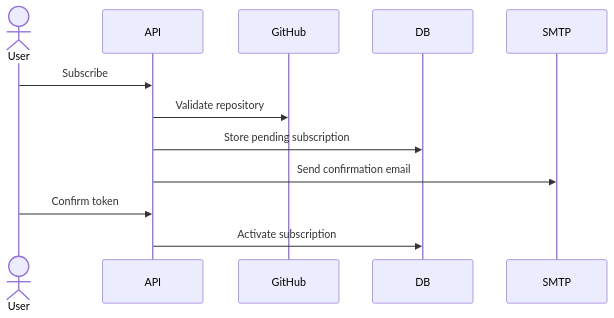
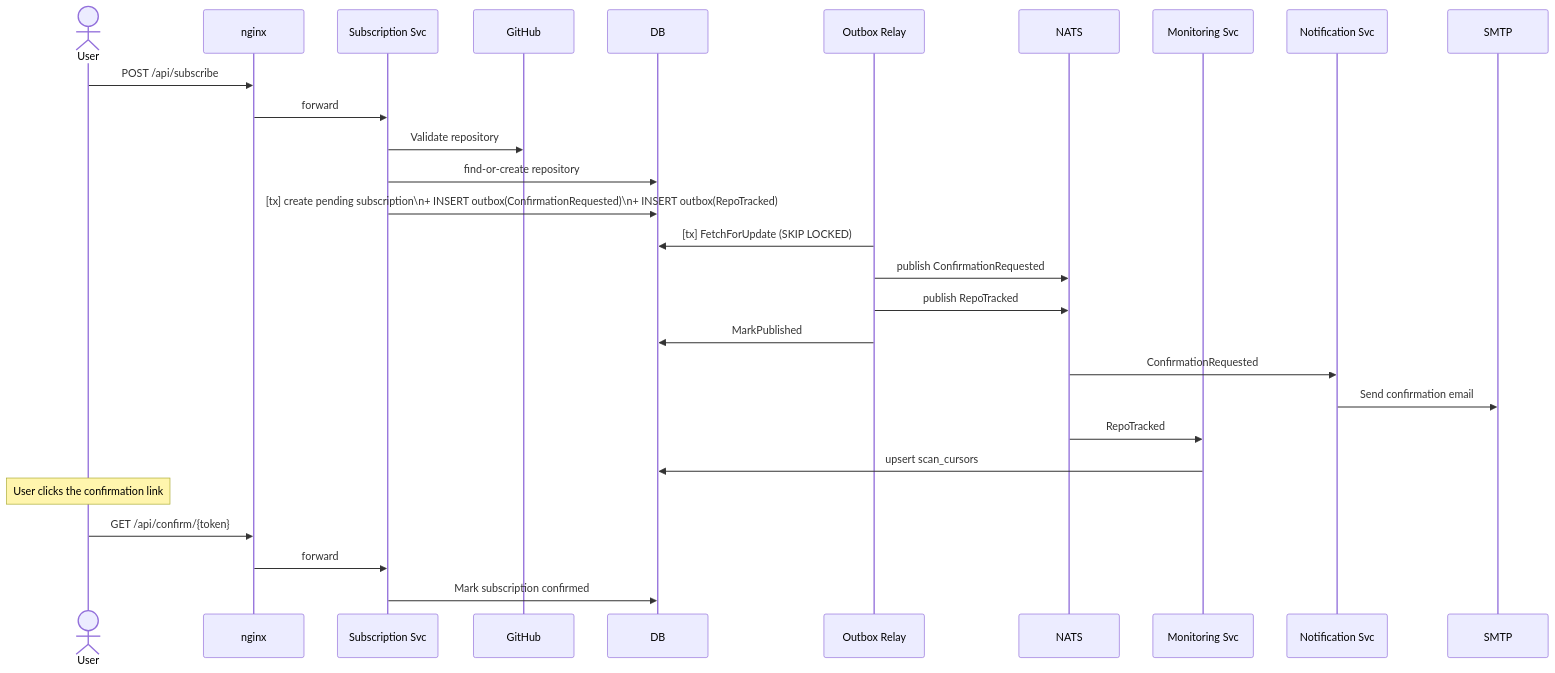
The second of 6 diagrams in docs/SDD.md (GenesisEducationKyiv/software-engineering-school-6-0-RodionShapoval5758), drawn with Mermaid before and after one commit. The commit also changed other lines of this file and 173 other files, not shown here.

First line of the commit message:
refactor: decompose monolith into subscription and monitoring services

````diff
--- a/docs/SDD.md
+++ b/docs/SDD.md
@@ -77,15 +133,35 @@
 ```mermaid
 sequenceDiagram
     actor User
-    participant API
+    participant nginx
+    participant Sub as Subscription Svc
     participant GitHub
     participant DB
+    participant Relay as Outbox Relay
+    participant NATS
+    participant Mon as Monitoring Svc
+    participant Notif as Notification Svc
     participant SMTP
 
-    User->>API: Subscribe
-    API->>GitHub: Validate repository
-    API->>DB: Store pending subscription
-    API->>SMTP: Send confirmation email
-    User->>API: Confirm token
-    API->>DB: Activate subscription
+    User->>nginx: POST /api/subscribe
+    nginx->>Sub: forward
+    Sub->>GitHub: Validate repository
+    Sub->>DB: find-or-create repository
+    Sub->>DB: [tx] create pending subscription\n+ INSERT outbox(ConfirmationRequested)\n+ INSERT outbox(RepoTracked)
+
+    Relay->>DB: [tx] FetchForUpdate (SKIP LOCKED)
+    Relay->>NATS: publish ConfirmationRequested
+    Relay->>NATS: publish RepoTracked
+    Relay->>DB: MarkPublished
+
+    NATS->>Notif: ConfirmationRequested
+    Notif->>SMTP: Send confirmation email
+
+    NATS->>Mon: RepoTracked
+    Mon->>DB: upsert scan_cursors
+
+    Note over User: User clicks the confirmation link
+    User->>nginx: GET /api/confirm/{token}
+    nginx->>Sub: forward
+    Sub->>DB: Mark subscription confirmed
 ```
````
